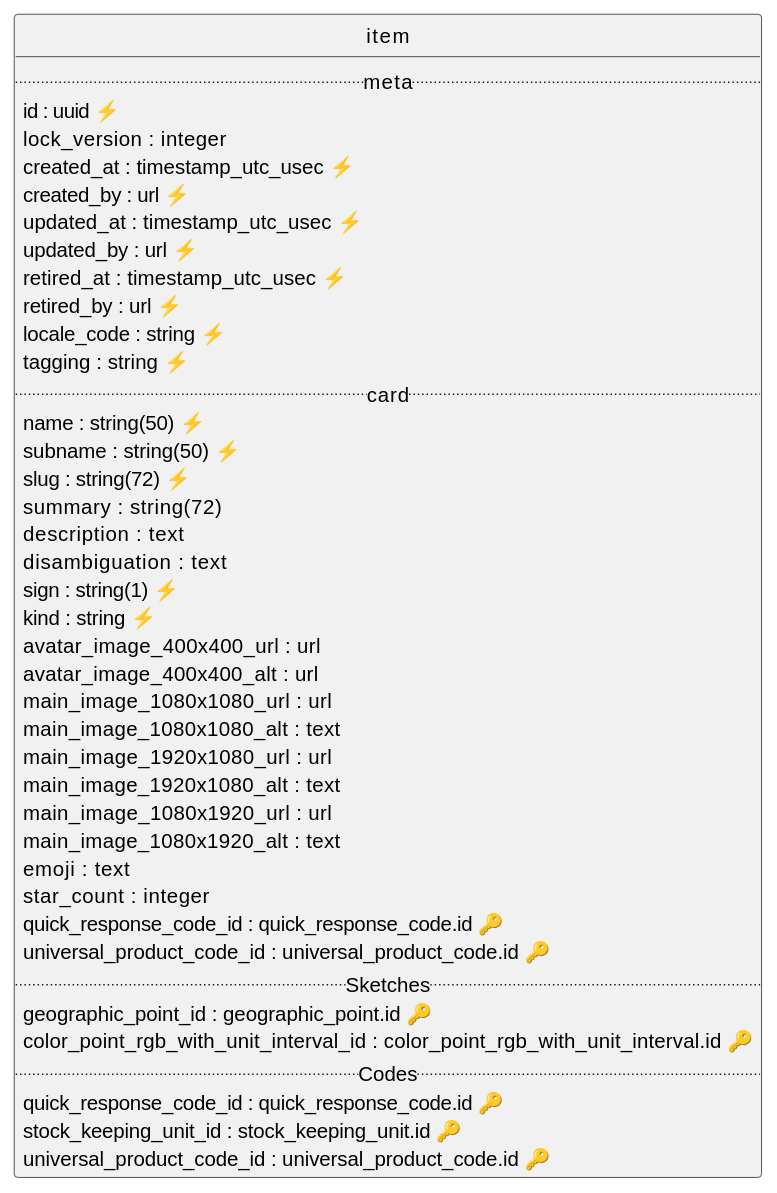
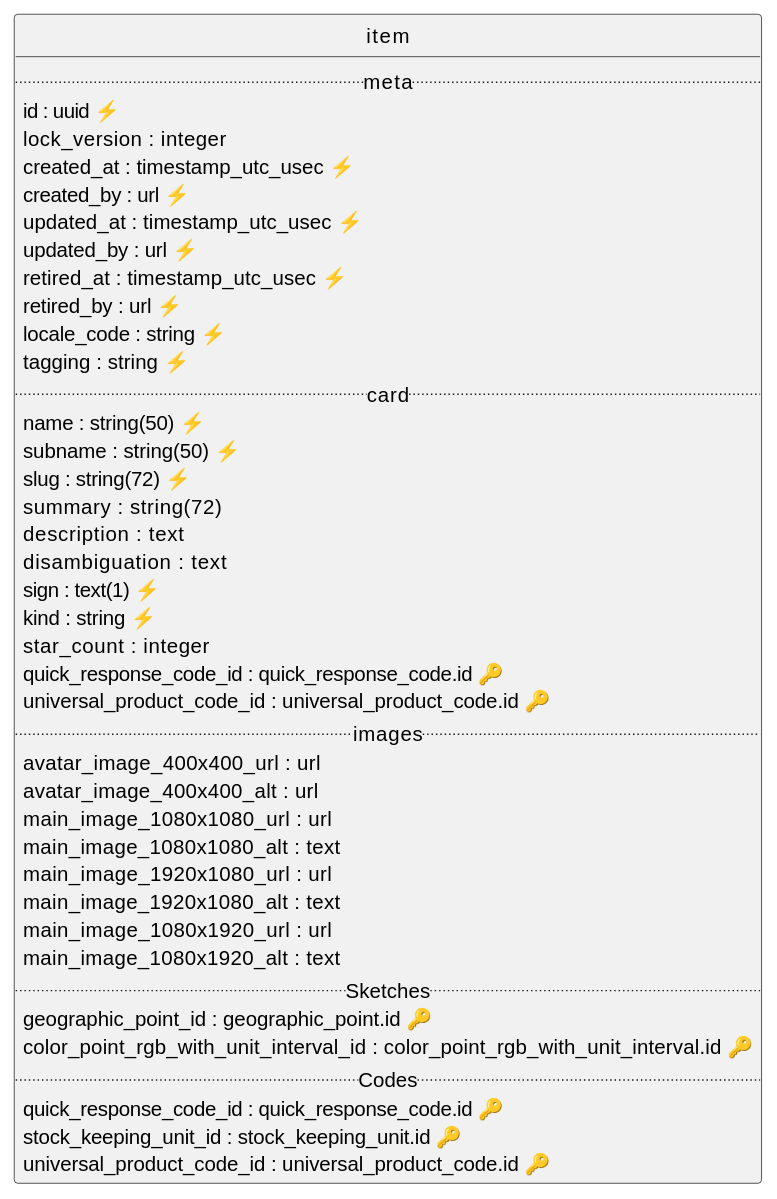
Before and after one commit to contactopensource/contactopensource: the diagram in api/item/uml/uml.plantuml, drawn with PlantUML. The commit also changed 642 other files, not shown here.

```diff
--- a/api/item/uml/uml.plantuml
+++ b/api/item/uml/uml.plantuml
@@ -1,48 +1,48 @@
 @startuml uml
 skinparam monochrome true
 skinparam linetype ortho
 hide circle
 
 entity item {
   .. meta ..
   id : uuid ⚡
   lock_version : integer
   created_at : timestamp_utc_usec ⚡
   created_by : url ⚡
   updated_at : timestamp_utc_usec ⚡
   updated_by : url ⚡
   retired_at : timestamp_utc_usec ⚡
   retired_by : url ⚡
   locale_code : string ⚡
   tagging : string ⚡
   .. card ..
   name : string(50) ⚡
   subname : string(50) ⚡
   slug : string(72) ⚡
   summary : string(72)
   description : text
   disambiguation : text
-  sign : string(1) ⚡
+  sign : text(1) ⚡
   kind : string ⚡
+  star_count : integer
+  quick_response_code_id : quick_response_code.id 🔑
+  universal_product_code_id : universal_product_code.id 🔑
+  .. images ..
   avatar_image_400x400_url : url
   avatar_image_400x400_alt : url
   main_image_1080x1080_url : url
   main_image_1080x1080_alt : text
   main_image_1920x1080_url : url
   main_image_1920x1080_alt : text
   main_image_1080x1920_url : url
   main_image_1080x1920_alt : text
-  emoji : text
-  star_count : integer
-  quick_response_code_id : quick_response_code.id 🔑
-  universal_product_code_id : universal_product_code.id 🔑
   .. Sketches ..
   geographic_point_id : geographic_point.id 🔑
   color_point_rgb_with_unit_interval_id : color_point_rgb_with_unit_interval.id 🔑
   .. Codes ..
   quick_response_code_id : quick_response_code.id 🔑
   stock_keeping_unit_id : stock_keeping_unit.id 🔑
   universal_product_code_id : universal_product_code.id 🔑
 }
 
 @enduml
```
